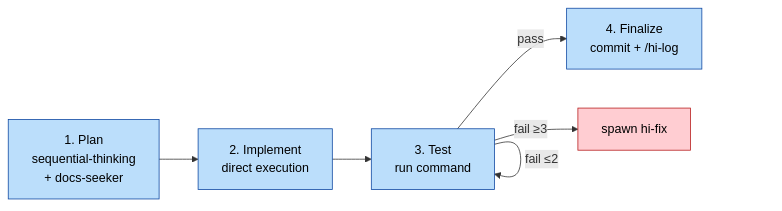
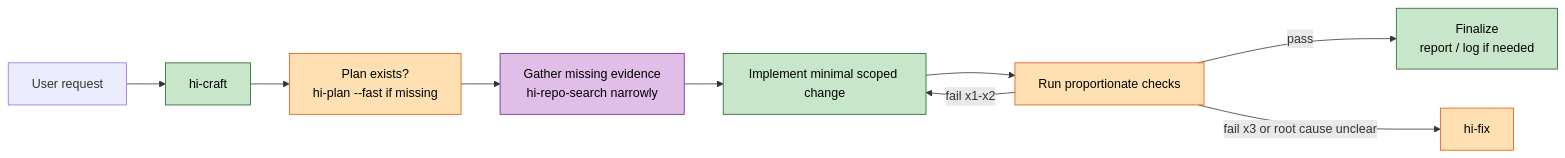
Before and after one commit to baka3k/dev-kit: the first of 4 diagrams in README.md, drawn with Mermaid. The commit also changed other lines of this file, not shown here.

````diff
--- a/README.md
+++ b/README.md
@@ -337,14 +304,18 @@
 ```mermaid
 graph LR
-    A[1. Plan<br/>sequential-thinking<br/>+ docs-seeker] --> B[2. Implement<br/>direct execution]
-    B --> C[3. Test<br/>run command]
-    C -->|pass| D[4. Finalize<br/>commit + /hi-log]
-    C -->|fail ≤2| C
-    C -->|fail ≥3| E[spawn hi-fix]
+    A["User request"] --> B["hi-craft"]
+    B --> C["Plan exists?<br/>hi-plan --fast if missing"]
+    C --> D["Gather missing evidence<br/>hi-repo-search narrowly"]
+    D --> E["Implement minimal scoped change"]
+    E --> F["Run proportionate checks"]
+    F -->|pass| G["Finalize<br/>report / log if needed"]
+    F -->|fail x1-x2| E
+    F -->|fail x3 or root cause unclear| H["hi-fix"]
 
-    classDef step fill:#bbdefb,stroke:#0d47a1,color:#000
-    classDef fail fill:#ffcdd2,stroke:#b71c1c,color:#000
-    class A,B,C,D step
-    class E fail
-
+    classDef primary fill:#c8e6c9,stroke:#1b5e20,color:#000
+    classDef evidence fill:#e1bee7,stroke:#6a1b9a,color:#000
+    classDef gate fill:#ffe0b2,stroke:#e65100,color:#000
+    class B,E,G primary
+    class D evidence
+    class C,F,H gate
 ```
````
